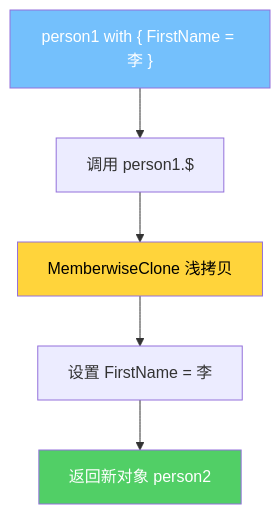
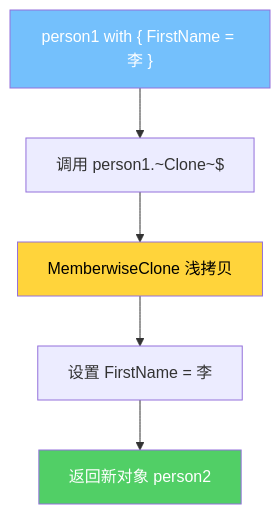
The second of 5 diagrams in src/后端开发/CSharp/CLR深度/08_高级类型与模式/03_记录类型与with表达式.md (moklgydocs/moklgydocs.github.io), drawn with Mermaid before and after one commit. The commit also changed other lines of this file and 32 other files, not shown here.

````diff
--- a/src/后端开发/CSharp/CLR深度/08_高级类型与模式/03_记录类型与with表达式.md
+++ b/src/后端开发/CSharp/CLR深度/08_高级类型与模式/03_记录类型与with表达式.md
@@ -354,11 +354,11 @@
 ```mermaid
 flowchart TD
-    A["person1 with { FirstName = 李 }"] --> B["调用 person1.<Clone>$"]
+    A["person1 with { FirstName = 李 }"] --> B["调用 person1.~Clone~$"]
     B --> C["MemberwiseClone 浅拷贝"]
     C --> D["设置 FirstName = 李"]
     D --> E["返回新对象 person2"]
 
     style A fill:#74c0fc,color:#fff
     style C fill:#ffd43b,color:#000
     style E fill:#51cf66,color:#fff
 ```
````
